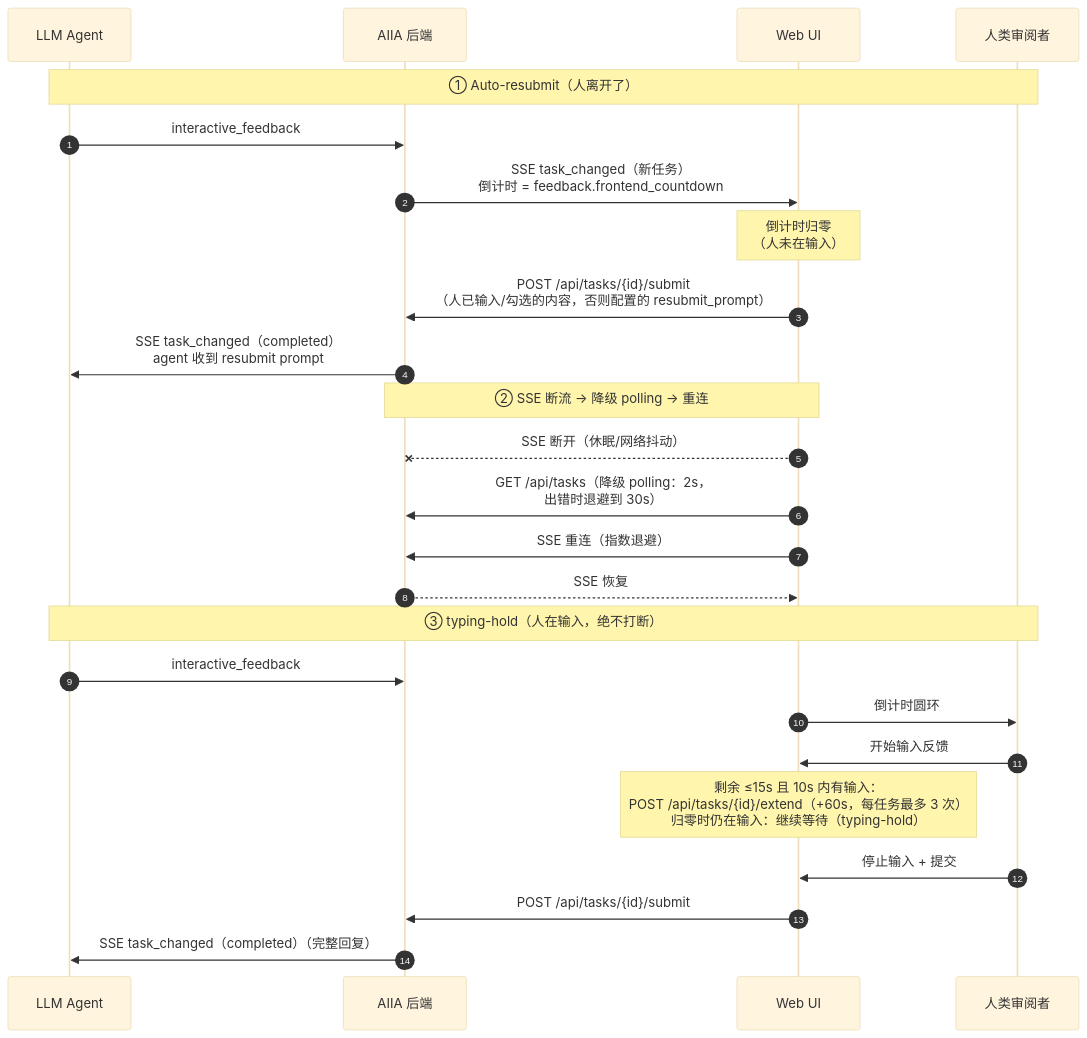
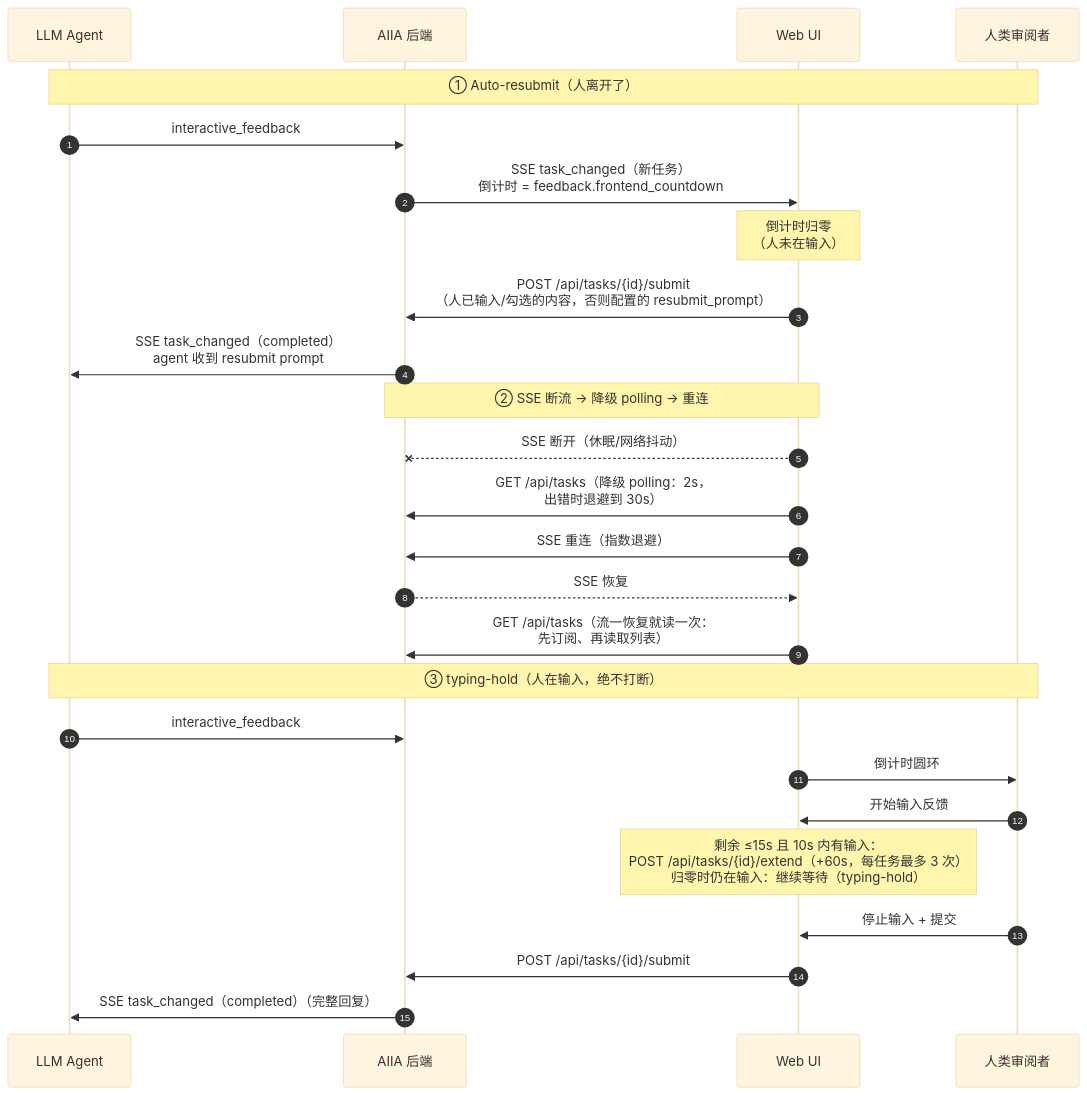
One commit to XIADENGMA/ai-intervention-agent changed the third of 3 diagrams in docs/architecture.zh-CN.md. Above: the diagram before and after it, drawn with Mermaid (base theme). The commit also changed 24 other files, not shown here.

````diff
--- a/docs/architecture.zh-CN.md
+++ b/docs/architecture.zh-CN.md
@@ -100,30 +100,31 @@
 ```mermaid
 sequenceDiagram
     autonumber
     participant Agent as LLM Agent
     participant AIIA as AIIA 后端
     participant UI as Web UI
     participant Human as 人类审阅者
 
     Note over Agent,Human: ① Auto-resubmit（人离开了）
     Agent->>AIIA: interactive_feedback
     AIIA->>UI: SSE task_changed（新任务）<br/>倒计时 = feedback.frontend_countdown
     Note over UI: 倒计时归零<br/>（人未在输入）
     UI->>AIIA: POST /api/tasks/{id}/submit<br/>（人已输入/勾选的内容，否则配置的 resubmit_prompt）
     AIIA->>Agent: SSE task_changed（completed）<br/>agent 收到 resubmit prompt
 
     Note over UI,AIIA: ② SSE 断流 → 降级 polling → 重连
     UI--xAIIA: SSE 断开（休眠/网络抖动）
     UI->>AIIA: GET /api/tasks（降级 polling：2s，<br/>出错时退避到 30s）
     UI->>AIIA: SSE 重连（指数退避）
     AIIA-->>UI: SSE 恢复
+    UI->>AIIA: GET /api/tasks（流一恢复就读一次：<br/>先订阅、再读取列表）
 
     Note over Agent,Human: ③ typing-hold（人在输入，绝不打断）
     Agent->>AIIA: interactive_feedback
     UI->>Human: 倒计时圆环
     Human->>UI: 开始输入反馈
     Note over UI: 剩余 ≤15s 且 10s 内有输入：<br/>POST /api/tasks/{id}/extend（+60s，每任务最多 3 次）<br/>归零时仍在输入：继续等待（typing-hold）
     Human->>UI: 停止输入 + 提交
     UI->>AIIA: POST /api/tasks/{id}/submit
     AIIA->>Agent: SSE task_changed（completed）（完整回复）
 ```
````
